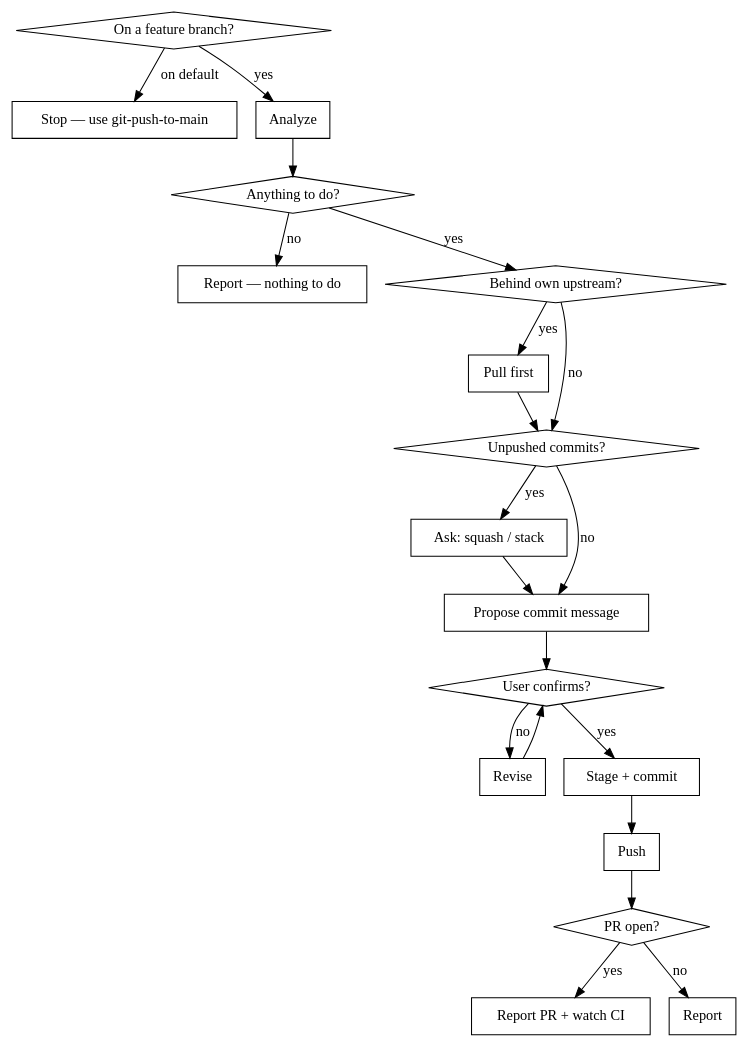
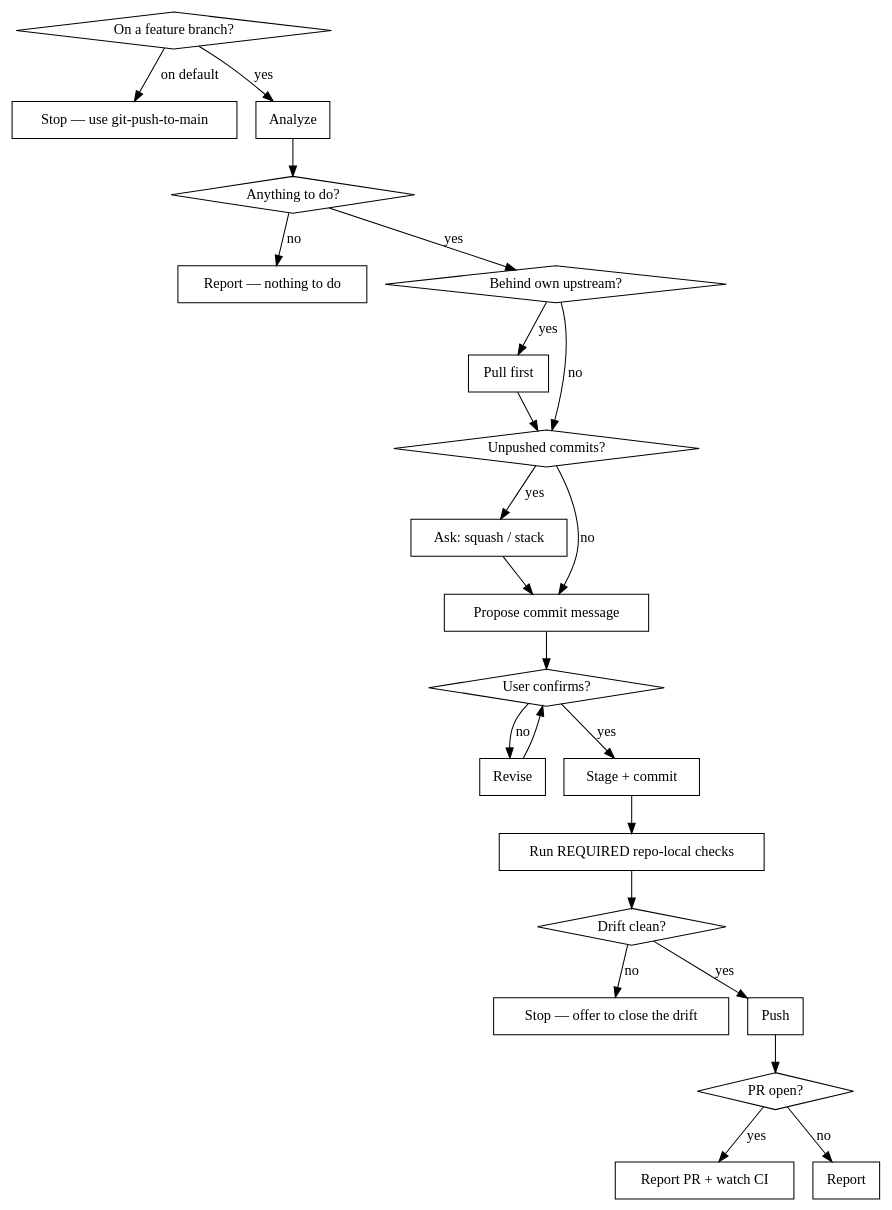
One commit to l0lxl0lw/dotfiles changed the diagram in ai/shared/skills/git/git-push-branch/SKILL.md. Above: the diagram before and after it, drawn with Graphviz. The commit also changed other lines of this file and 9 other files, not shown here.

First line of the commit message:
feat(skills): gate PRs on the drift checks a repo declares for itself

````diff
--- a/ai/shared/skills/git/git-push-branch/SKILL.md
+++ b/ai/shared/skills/git/git-push-branch/SKILL.md
@@ -27,41 +33,47 @@
 ```dot
 digraph pushbranch {
     "On a feature branch?" [shape=diamond];
     "Stop — use git-push-to-main" [shape=box];
     "Analyze" [shape=box];
     "Anything to do?" [shape=diamond];
     "Report — nothing to do" [shape=box];
     "Behind own upstream?" [shape=diamond];
     "Pull first" [shape=box];
     "Unpushed commits?" [shape=diamond];
     "Ask: squash / stack" [shape=box];
     "Propose commit message" [shape=box];
     "User confirms?" [shape=diamond];
     "Revise" [shape=box];
     "Stage + commit" [shape=box];
+    "Run REQUIRED repo-local checks" [shape=box];
+    "Drift clean?" [shape=diamond];
+    "Stop — offer to close the drift" [shape=box];
     "Push" [shape=box];
     "PR open?" [shape=diamond];
     "Report PR + watch CI" [shape=box];
     "Report" [shape=box];
 
     "On a feature branch?" -> "Stop — use git-push-to-main" [label="on default"];
     "On a feature branch?" -> "Analyze" [label="yes"];
     "Analyze" -> "Anything to do?";
     "Anything to do?" -> "Report — nothing to do" [label="no"];
     "Anything to do?" -> "Behind own upstream?" [label="yes"];
     "Behind own upstream?" -> "Pull first" [label="yes"];
     "Pull first" -> "Unpushed commits?";
     "Behind own upstream?" -> "Unpushed commits?" [label="no"];
     "Unpushed commits?" -> "Ask: squash / stack" [label="yes"];
     "Unpushed commits?" -> "Propose commit message" [label="no"];
     "Ask: squash / stack" -> "Propose commit message";
     "Propose commit message" -> "User confirms?";
     "User confirms?" -> "Revise" [label="no"];
     "Revise" -> "User confirms?";
     "User confirms?" -> "Stage + commit" [label="yes"];
-    "Stage + commit" -> "Push";
+    "Stage + commit" -> "Run REQUIRED repo-local checks";
+    "Run REQUIRED repo-local checks" -> "Drift clean?";
+    "Drift clean?" -> "Stop — offer to close the drift" [label="no"];
+    "Drift clean?" -> "Push" [label="yes"];
     "Push" -> "PR open?";
     "PR open?" -> "Report PR + watch CI" [label="yes"];
     "PR open?" -> "Report" [label="no"];
 }
 ```
````
